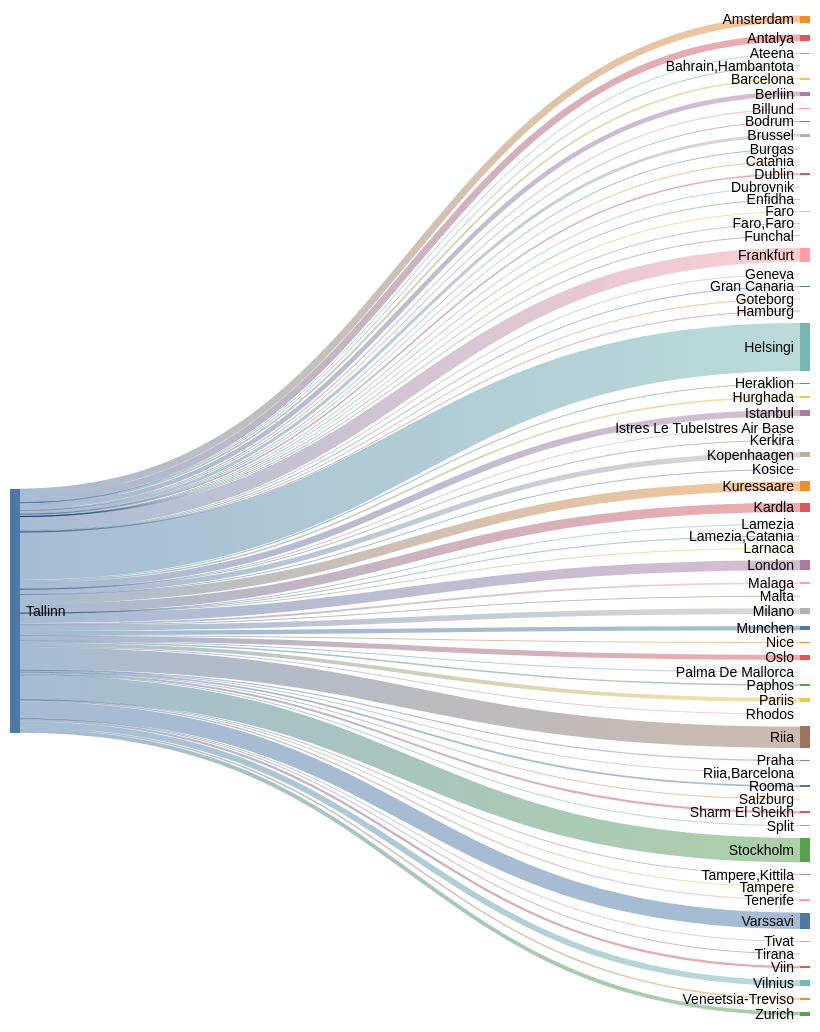
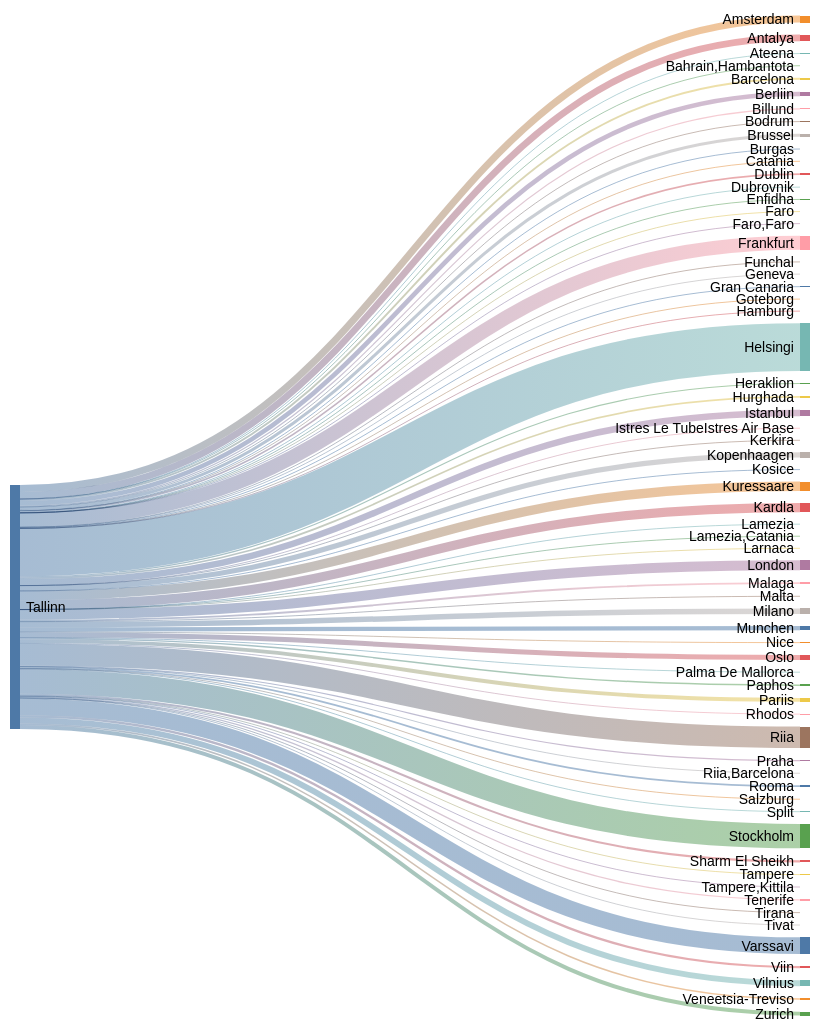
Before and after one commit to rainermesi/tll-airport-departures: the second of 2 diagrams in README.md, drawn with Mermaid (forest theme). The commit also changed other lines of this file and 1 other file, not shown here.

````diff
--- a/README.md
+++ b/README.md
@@ -34,77 +34,77 @@
 ```mermaid
 ---
 config:
   sankey:
     showValues: false
     width: 800
     height: 1000
 ---
 sankey-beta
 %% source,target,value
-Tallinn,Amsterdam,311
-Tallinn,Antalya,301
+Tallinn,Amsterdam,313
+Tallinn,Antalya,303
 Tallinn,Ateena,16
 Tallinn,"Bahrain,Hambantota",1
-Tallinn,Barcelona,84
+Tallinn,Barcelona,86
 Tallinn,Berliin,208
-Tallinn,Billund,51
+Tallinn,Billund,52
 Tallinn,Bodrum,11
 Tallinn,Brussel,138
-Tallinn,Burgas,22
+Tallinn,Burgas,23
 Tallinn,Catania,2
 Tallinn,Dublin,70
 Tallinn,Dubrovnik,21
 Tallinn,Enfidha,7
 Tallinn,Faro,4
 Tallinn,"Faro,Faro",1
-Tallinn,Frankfurt,634
+Tallinn,Frankfurt,637
 Tallinn,Funchal,5
 Tallinn,Geneva,13
 Tallinn,Gran Canaria,38
 Tallinn,Goteborg,1
 Tallinn,Hamburg,2
-Tallinn,Helsingi,2135
-Tallinn,Heraklion,50
+Tallinn,Helsingi,2143
+Tallinn,Heraklion,51
 Tallinn,Hurghada,75
-Tallinn,Istanbul,287
+Tallinn,Istanbul,288
 Tallinn,Istres Le TubeIstres Air Base,2
 Tallinn,Kerkira,4
-Tallinn,Kopenhaagen,233
+Tallinn,Kopenhaagen,235
 Tallinn,Kosice,1
-Tallinn,Kuressaare,415
-Tallinn,Kardla,415
+Tallinn,Kuressaare,416
+Tallinn,Kardla,416
 Tallinn,Lamezia,1
 Tallinn,"Lamezia,Catania",3
 Tallinn,Larnaca,4
-Tallinn,London,443
-Tallinn,Malaga,82
-Tallinn,Malta,16
+Tallinn,London,444
+Tallinn,Malaga,83
+Tallinn,Malta,17
 Tallinn,Milano,247
 Tallinn,Munchen,194
 Tallinn,Nice,27
 Tallinn,Oslo,226
-Tallinn,Palma De Mallorca,20
+Tallinn,Palma De Mallorca,21
 Tallinn,Paphos,66
 Tallinn,Pariis,172
 Tallinn,Praha,53
 Tallinn,Rhodos,35
-Tallinn,Riia,962
+Tallinn,Riia,966
 Tallinn,"Riia,Barcelona",1
 Tallinn,Rooma,80
 Tallinn,Salzburg,14
 Tallinn,Sharm El Sheikh,92
 Tallinn,Split,28
-Tallinn,Stockholm,1089
+Tallinn,Stockholm,1092
 Tallinn,Tampere,17
 Tallinn,"Tampere,Kittila",21
 Tallinn,Tenerife,58
 Tallinn,Tirana,8
 Tallinn,Tivat,29
-Tallinn,Varssavi,738
+Tallinn,Varssavi,741
 Tallinn,Veneetsia-Treviso,67
 Tallinn,Viin,106
 Tallinn,Vilnius,263
-Tallinn,Zurich,177
+Tallinn,Zurich,178
 
 
 ```
````
